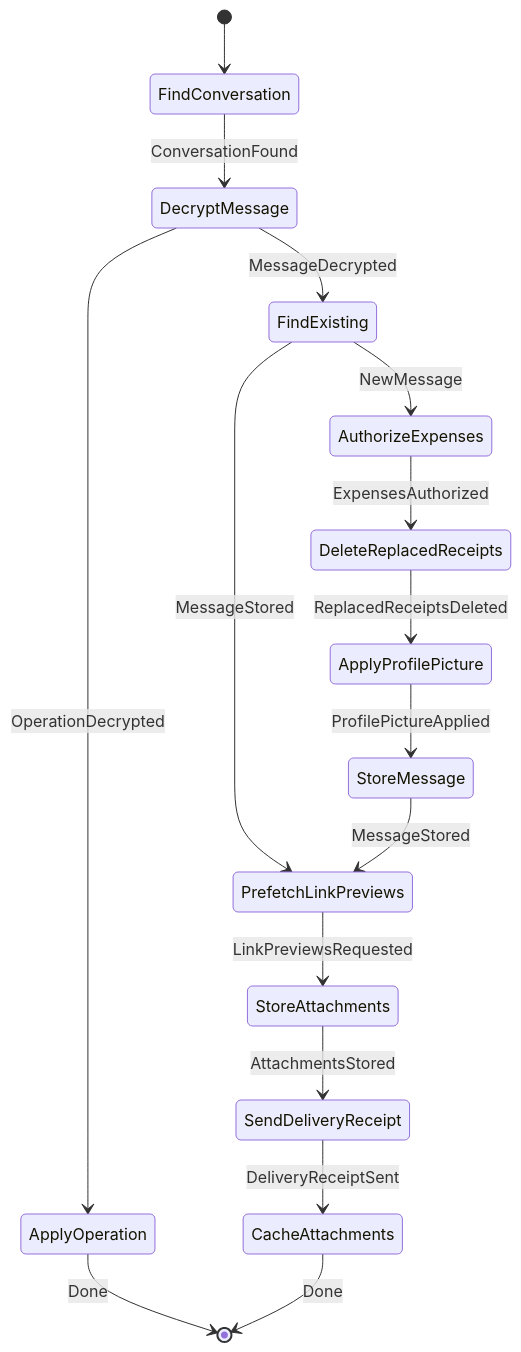
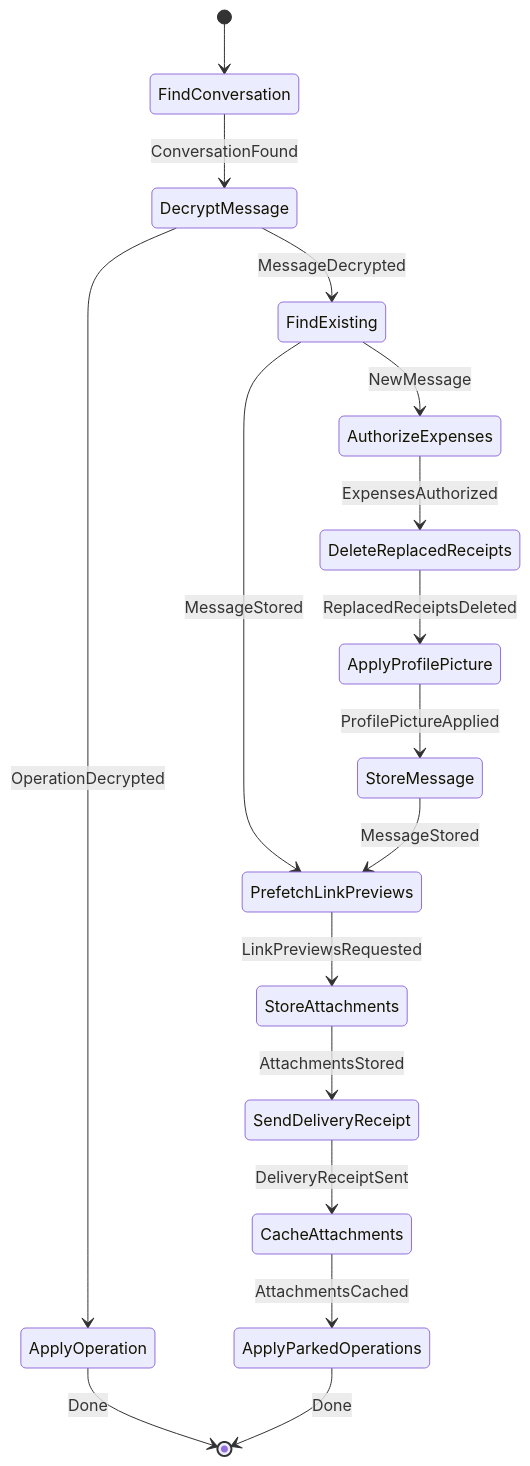
The second of 31 diagrams in docs/architecture/workflows/incoming.md (cbgm/Sparrow), drawn with Mermaid before and after one commit. The commit also changed other lines of this file and 36 other files, not shown here.

````diff
--- a/docs/architecture/workflows/incoming.md
+++ b/docs/architecture/workflows/incoming.md
@@ -92,18 +95,19 @@
 ```mermaid
 stateDiagram-v2
     [*] --> FindConversation
     FindConversation --> DecryptMessage : ConversationFound
     DecryptMessage --> FindExisting : MessageDecrypted
     DecryptMessage --> ApplyOperation : OperationDecrypted
     ApplyOperation --> [*] : Done
     FindExisting --> PrefetchLinkPreviews : MessageStored
     FindExisting --> AuthorizeExpenses : NewMessage
     AuthorizeExpenses --> DeleteReplacedReceipts : ExpensesAuthorized
     DeleteReplacedReceipts --> ApplyProfilePicture : ReplacedReceiptsDeleted
     ApplyProfilePicture --> StoreMessage : ProfilePictureApplied
     StoreMessage --> PrefetchLinkPreviews : MessageStored
     PrefetchLinkPreviews --> StoreAttachments : LinkPreviewsRequested
     StoreAttachments --> SendDeliveryReceipt : AttachmentsStored
     SendDeliveryReceipt --> CacheAttachments : DeliveryReceiptSent
-    CacheAttachments --> [*] : Done
+    CacheAttachments --> ApplyParkedOperations : AttachmentsCached
+    ApplyParkedOperations --> [*] : Done
 ```
````
